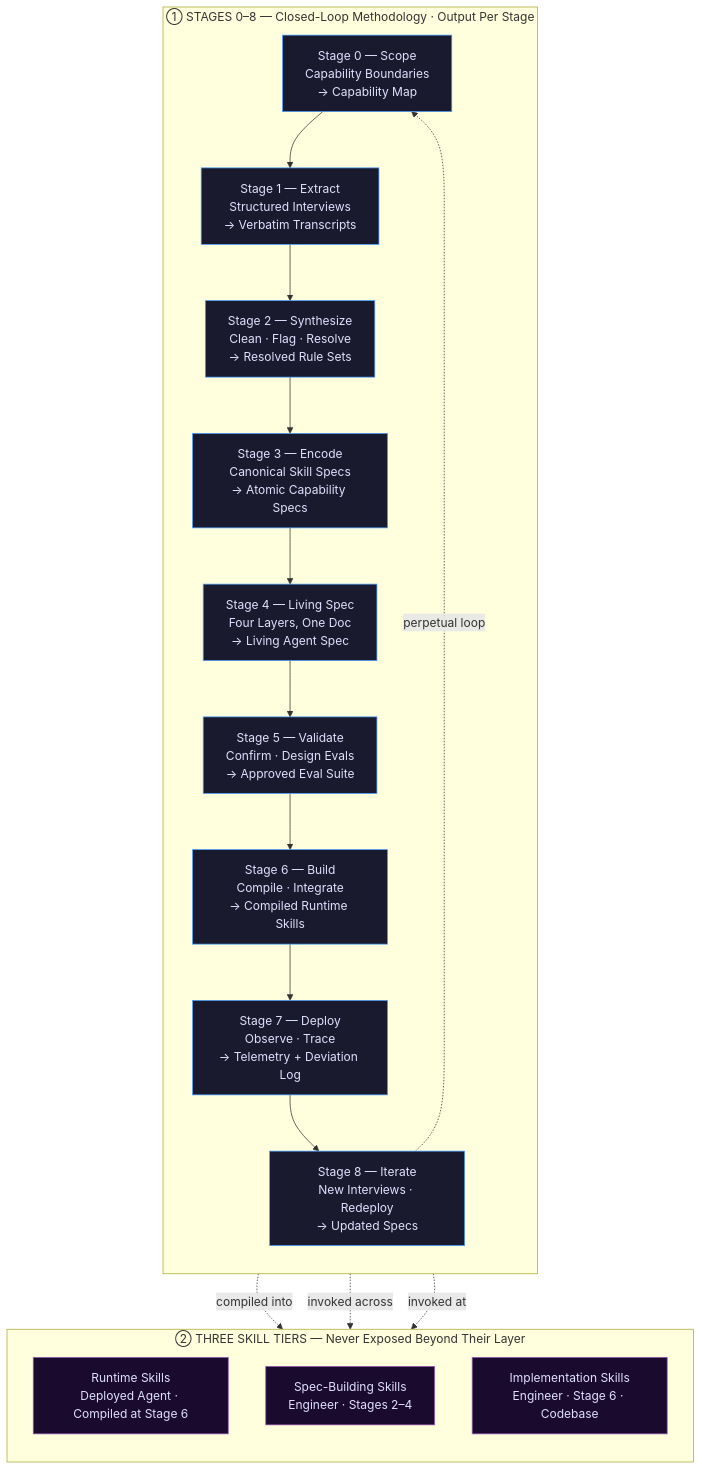
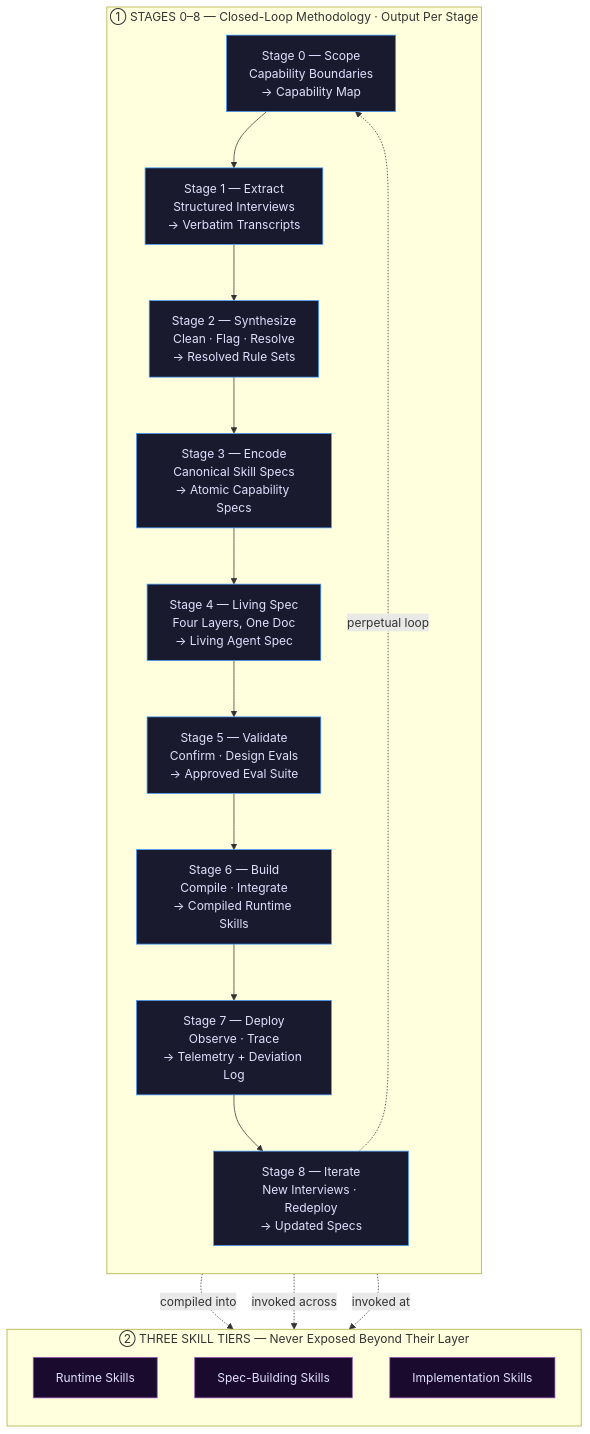
One commit to bryancalabro/bryancalabro changed the first of 11 diagrams in README.md. Above: the diagram before and after it, drawn with Mermaid.

Commit message:
fixed overflows

````diff
--- a/README.md
+++ b/README.md
@@ -31,34 +31,34 @@
 ```mermaid
 flowchart TD
     subgraph LOOP["① STAGES 0–8 — Closed-Loop Methodology · Output Per Stage"]
         direction TB
         S0[Stage 0 — Scope\nCapability Boundaries\n→ Capability Map]
         S1[Stage 1 — Extract\nStructured Interviews\n→ Verbatim Transcripts]
         S2[Stage 2 — Synthesize\nClean · Flag · Resolve\n→ Resolved Rule Sets]
         S3[Stage 3 — Encode\nCanonical Skill Specs\n→ Atomic Capability Specs]
         S4[Stage 4 — Living Spec\nFour Layers, One Doc\n→ Living Agent Spec]
         S5[Stage 5 — Validate\nConfirm · Design Evals\n→ Approved Eval Suite]
         S6[Stage 6 — Build\nCompile · Integrate\n→ Compiled Runtime Skills]
         S7[Stage 7 — Deploy\nObserve · Trace\n→ Telemetry + Deviation Log]
         S8[Stage 8 — Iterate\nNew Interviews · Redeploy\n→ Updated Specs]
         S0 --> S1 --> S2 --> S3 --> S4 --> S5 --> S6 --> S7 --> S8
         S8 -.->|perpetual loop| S0
     end
 
     subgraph TIERS["② THREE SKILL TIERS — Never Exposed Beyond Their Layer"]
         direction TB
-        RT[Runtime Skills\nDeployed Agent · Compiled at Stage 6]
-        SB[Spec-Building Skills\nEngineer · Stages 2–4]
-        IM[Implementation Skills\nEngineer · Stage 6 · Codebase]
+        RT[Runtime Skills]
+        SB[Spec-Building Skills]
+        IM[Implementation Skills]
     end
 
     S3 -.->|compiled into| RT
     S2 -.->|invoked across| SB
     S6 -.->|invoked at| IM
 
     classDef loopStyle fill:#1a1a2e,stroke:#4a9eff,color:#e0e0ff
     classDef tierStyle fill:#1a0a2e,stroke:#9b59b6,color:#e0e0ff
 
     class S0,S1,S2,S3,S4,S5,S6,S7,S8 loopStyle
     class RT,SB,IM tierStyle
 ```
````
